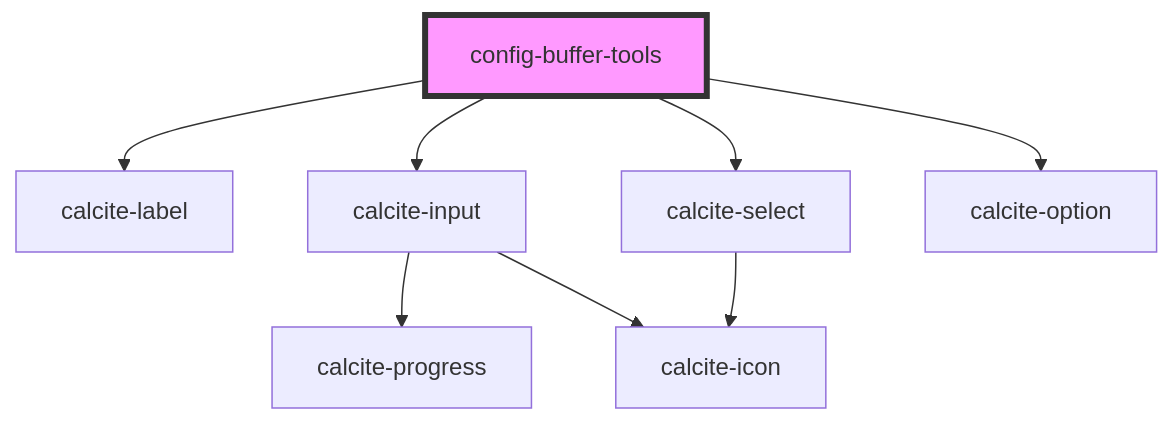
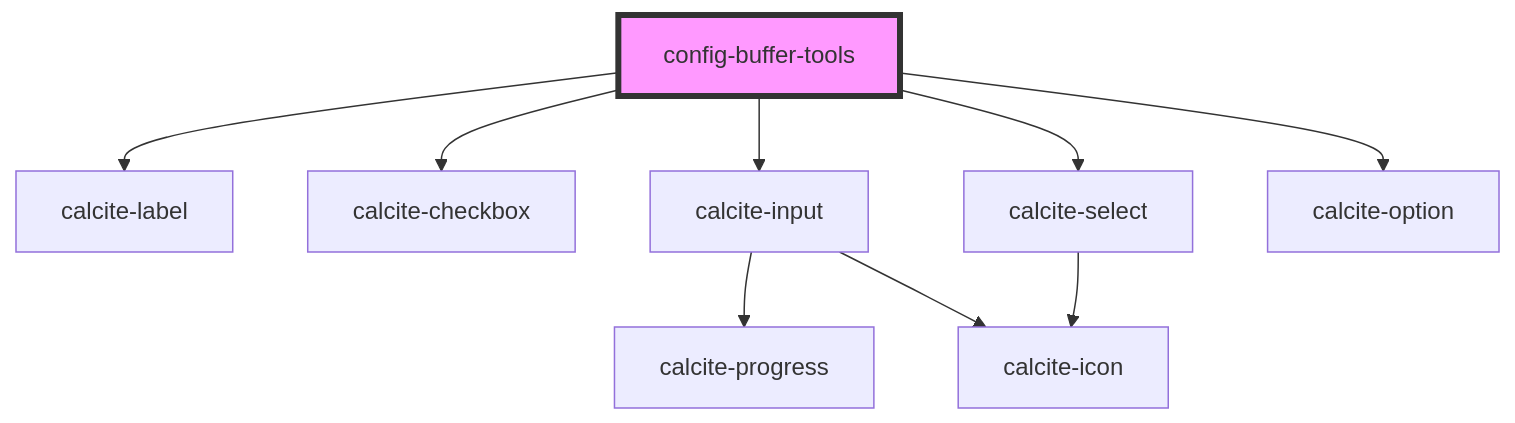
The diagram in src/components/config-buffer-tools/readme.md (Esri/solutions-components), drawn with Mermaid before and after one commit. The commit also changed other lines of this file and 5 other files, not shown here.

Commit message:
update buffer tools config

````diff
--- a/src/components/config-buffer-tools/readme.md
+++ b/src/components/config-buffer-tools/readme.md
@@ -40,11 +40,12 @@
 ```mermaid
 graph TD;
   config-buffer-tools --> calcite-label
+  config-buffer-tools --> calcite-checkbox
   config-buffer-tools --> calcite-input
   config-buffer-tools --> calcite-select
   config-buffer-tools --> calcite-option
   calcite-input --> calcite-progress
   calcite-input --> calcite-icon
   calcite-select --> calcite-icon
   style config-buffer-tools fill:#f9f,stroke:#333,stroke-width:4px
 ```
````
